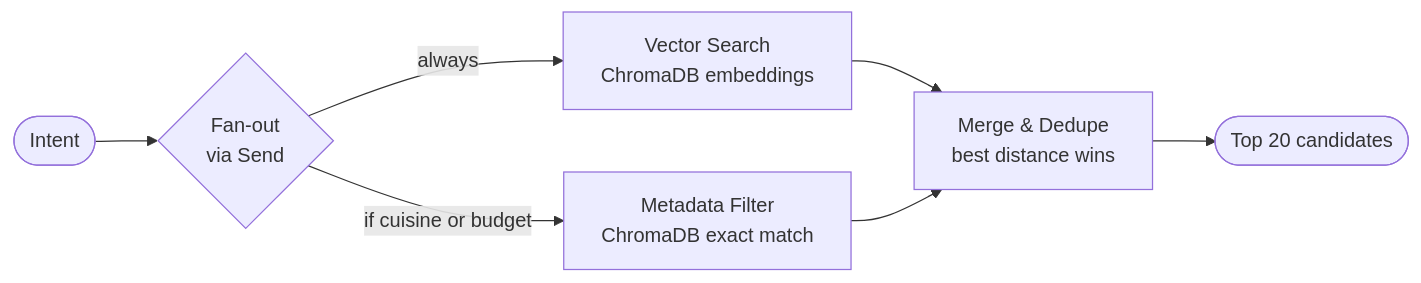
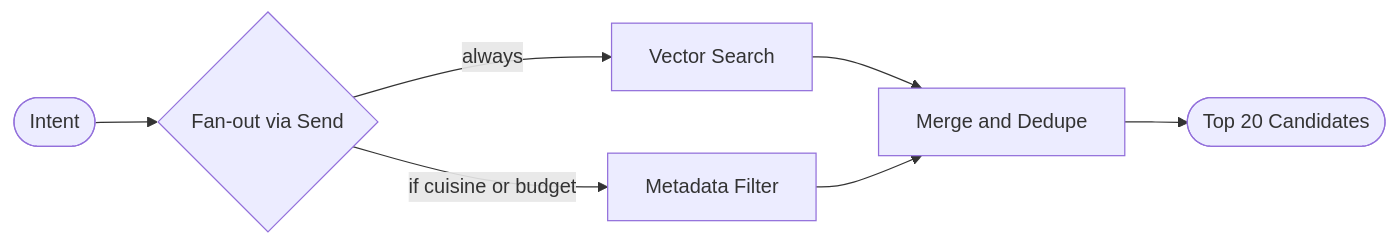
Before and after one commit to WoodyChang21/Taste-Toronto: the second of 2 diagrams in README.md, drawn with Mermaid. The commit also changed other lines of this file, not shown here.

Commit message:
Fix Mermaid diagram syntax: remove backslash-n labels and rename END reserved keyword

````diff
--- a/README.md
+++ b/README.md
@@ -44,9 +44,9 @@
 ```mermaid
 flowchart LR
-    IN([Intent]) --> FO{Fan-out\nvia Send}
-    FO -->|always| VS[Vector Search\nChromaDB embeddings]
-    FO -->|if cuisine or budget| MF[Metadata Filter\nChromaDB exact match]
-    VS --> MG[Merge & Dedupe\nbest distance wins]
+    IN([Intent]) --> FO{Fan-out via Send}
+    FO -->|always| VS[Vector Search]
+    FO -->|if cuisine or budget| MF[Metadata Filter]
+    VS --> MG[Merge and Dedupe]
     MF --> MG
-    MG --> OUT([Top 20 candidates])
+    MG --> OUT([Top 20 Candidates])
 ```
````
